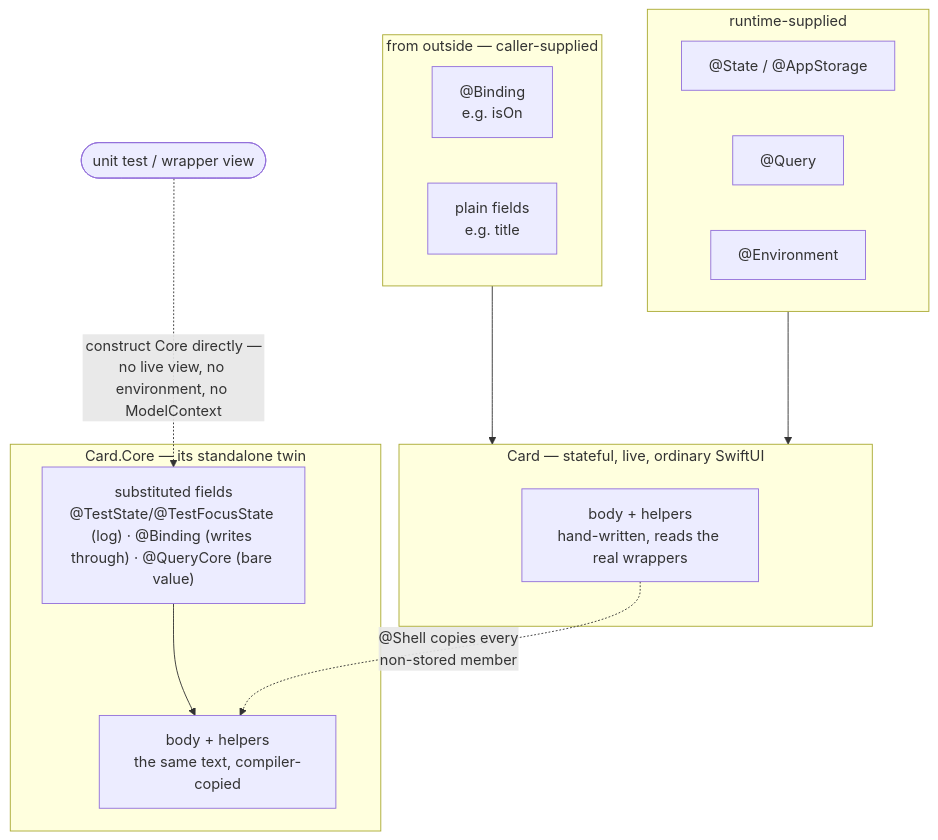
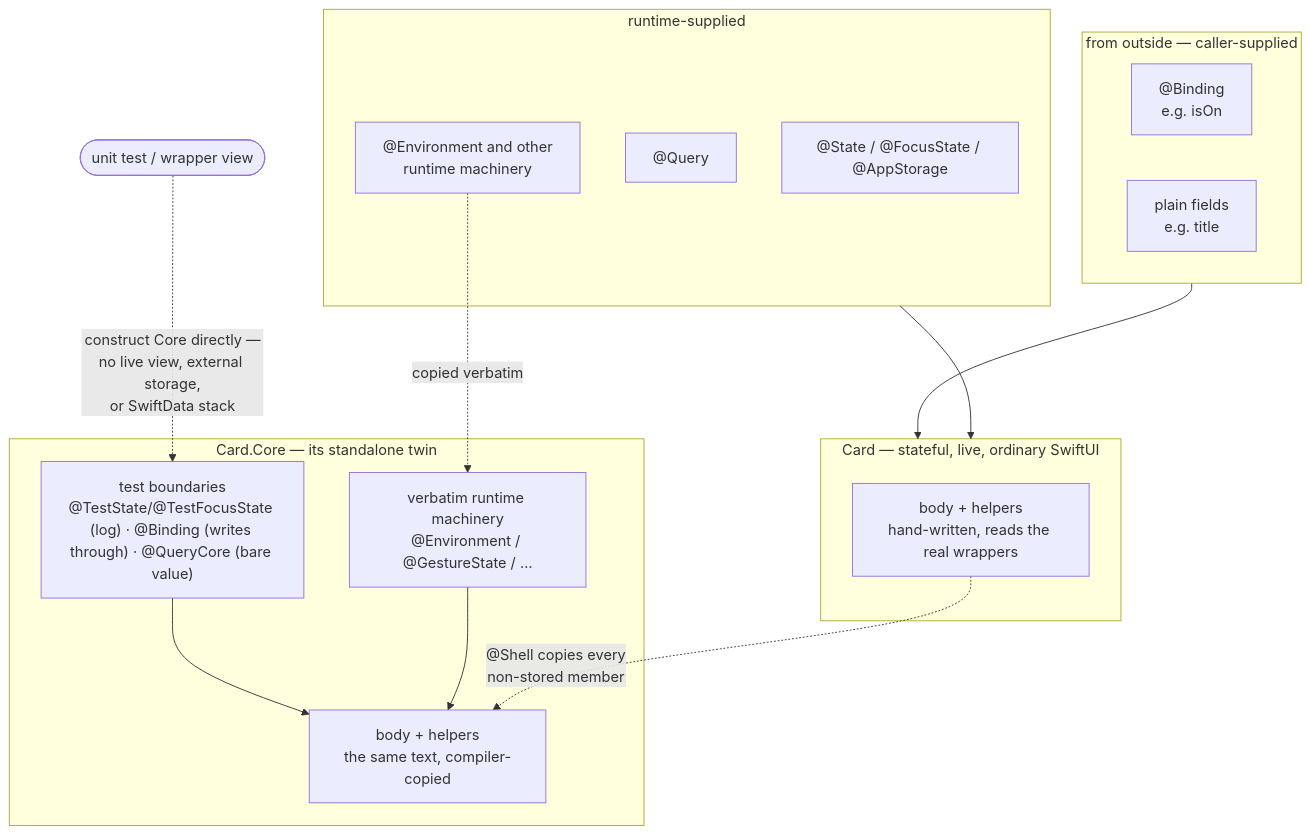
The first of 3 diagrams in README.md (sisoje/swift-core-flow), drawn with Mermaid before and after one commit. The commit also changed other lines of this file and 1 other file, not shown here.

Commit message:
Fix installation identity and close sample audit

````diff
--- a/README.md
+++ b/README.md
@@ -360,29 +361,32 @@
 ```mermaid
 flowchart TD
     subgraph Outside["from outside — caller-supplied"]
         Bind["@Binding<br/>e.g. isOn"]
         Plain["plain fields<br/>e.g. title"]
     end
 
-    subgraph SOT["runtime-supplied"]
-        State["@State / @AppStorage"]
+    subgraph Runtime["runtime-supplied"]
+        State["@State / @FocusState / @AppStorage"]
         Query["@Query"]
-        Env["@Environment"]
+        Env["@Environment and other<br/>runtime machinery"]
     end
 
     Outside --> Card
-    SOT --> Card
+    Runtime --> Card
 
     subgraph Card["Card — stateful, live, ordinary SwiftUI"]
         CardBody["body + helpers<br/>hand-written, reads the real wrappers"]
     end
 
-    subgraph SN["Card.Core — its standalone twin"]
-        Fields["substituted fields<br/>@TestState/@TestFocusState (log) · @Binding (writes through) · @QueryCore (bare value)"]
-        SNBody["body + helpers<br/>the same text, compiler-copied"]
-        Fields --> SNBody
+    subgraph Twin["Card.Core — its standalone twin"]
+        Boundaries["test boundaries<br/>@TestState/@TestFocusState (log) · @Binding (writes through) · @QueryCore (bare value)"]
+        Machinery["verbatim runtime machinery<br/>@Environment / @GestureState / …"]
+        CoreBody["body + helpers<br/>the same text, compiler-copied"]
+        Boundaries --> CoreBody
+        Machinery --> CoreBody
     end
 
-    CardBody -. "@Shell copies every<br/>non-stored member" .-> SNBody
-    Test(["unit test / wrapper view"]) -. "construct Core directly —<br/>no live view, no environment, no ModelContext" .-> Fields
+    CardBody -. "@Shell copies every<br/>non-stored member" .-> CoreBody
+    Env -. "copied verbatim" .-> Machinery
+    Test(["unit test / wrapper view"]) -. "construct Core directly —<br/>no live view, external storage,<br/>or SwiftData stack" .-> Boundaries
 ```
````
